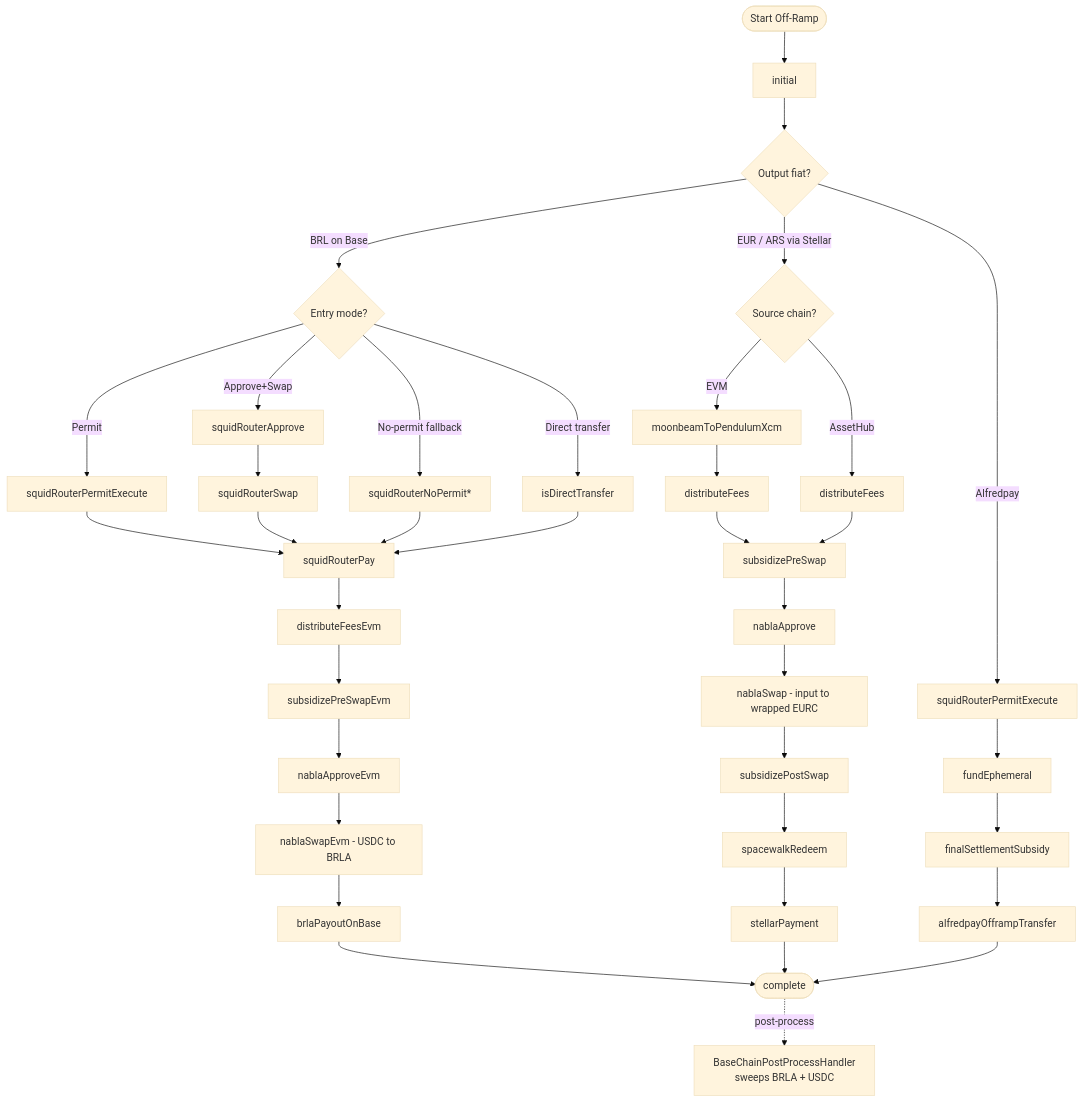
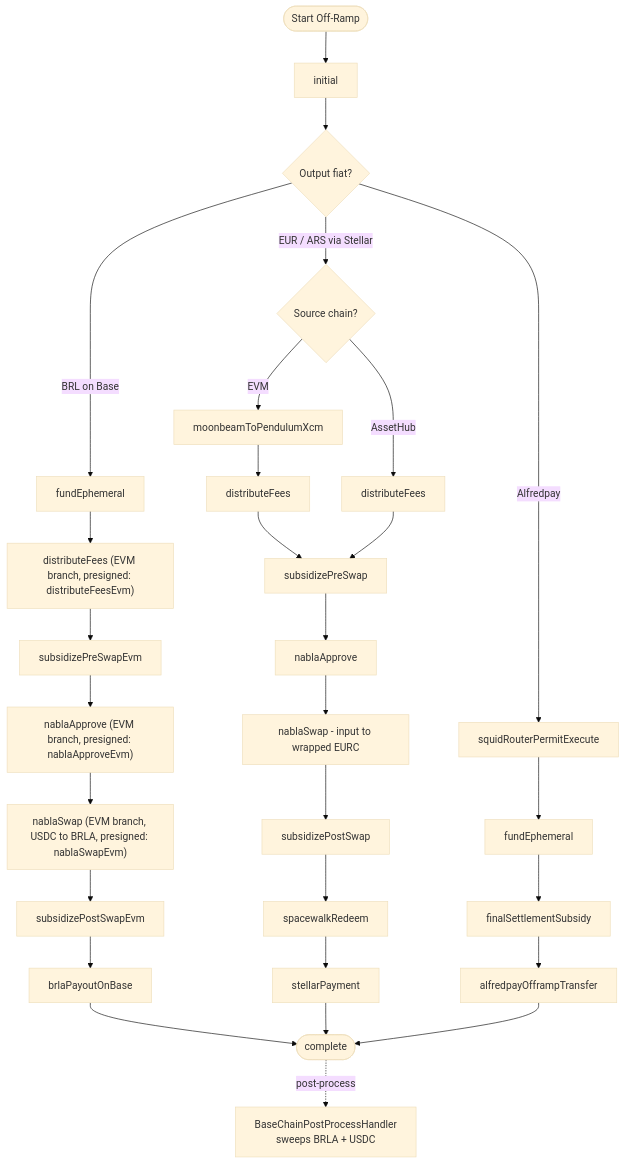
The second of 2 diagrams in docs/security-spec/03-ramp-engine/ramp-phase-flows.md (pendulum-chain/vortex), drawn with Mermaid (base theme) before and after one commit. The commit also changed other lines of this file and 2 other files, not shown here.

First line of the commit message:
Fix BRL on-ramp skipping subsidizePreSwapEvm phase

````diff
--- a/docs/security-spec/03-ramp-engine/ramp-phase-flows.md
+++ b/docs/security-spec/03-ramp-engine/ramp-phase-flows.md
@@ -107,45 +116,39 @@
 ```mermaid
 graph TD
     Start([Start Off-Ramp]) --> Init[initial]
     Init --> Corridor{Output fiat?}
 
     %% --- BRL via Avenia/BRLA on Base ---
-    Corridor -->|BRL on Base| BrlSquidEntry{Entry mode?}
-    BrlSquidEntry -->|Permit| BrlPermit[squidRouterPermitExecute]
-    BrlSquidEntry -->|Approve+Swap| BrlApproveUser[squidRouterApprove]
-    BrlApproveUser --> BrlSwapUser[squidRouterSwap]
-    BrlSquidEntry -->|No-permit fallback| BrlNoPermit[squidRouterNoPermit*]
-    BrlSquidEntry -->|Direct transfer| BrlDirect[isDirectTransfer]
-    BrlPermit --> BrlSquidPay[squidRouterPay]
-    BrlSwapUser --> BrlSquidPay
-    BrlNoPermit --> BrlSquidPay
-    BrlDirect --> BrlSquidPay
-    BrlSquidPay --> BrlDistEvm[distributeFeesEvm]
+    %% The user-signed Squid bridge (source EVM -> Base USDC) is submitted client-side
+    %% before the backend runtime starts; squidRouterPay is a no-op for SELL.
+    Corridor -->|BRL on Base| BrlFund[fundEphemeral]
+    BrlFund --> BrlDistEvm["distributeFees (EVM branch, presigned: distributeFeesEvm)"]
     BrlDistEvm --> BrlSubPreEvm[subsidizePreSwapEvm]
-    BrlSubPreEvm --> BrlApproveEvm[nablaApproveEvm]
-    BrlApproveEvm --> BrlSwapEvm[nablaSwapEvm - USDC to BRLA]
-    BrlSwapEvm --> BrlPayout[brlaPayoutOnBase]
+    BrlSubPreEvm --> BrlApproveEvm["nablaApprove (EVM branch, presigned: nablaApproveEvm)"]
+    BrlApproveEvm --> BrlSwapEvm["nablaSwap (EVM branch, USDC to BRLA, presigned: nablaSwapEvm)"]
+    BrlSwapEvm --> BrlSubPostEvm[subsidizePostSwapEvm]
+    BrlSubPostEvm --> BrlPayout[brlaPayoutOnBase]
     BrlPayout --> Complete([complete])
     Complete -.post-process.-> BaseCleanup[BaseChainPostProcessHandler<br/>sweeps BRLA + USDC]
 
     %% --- Stellar-anchored fiat (EUR / ARS) ---
     Corridor -->|EUR / ARS via Stellar| StellarStart{Source chain?}
     StellarStart -->|EVM| MoonToPendulum[moonbeamToPendulumXcm]
     StellarStart -->|AssetHub| AhDist[distributeFees]
     MoonToPendulum --> EvmDist[distributeFees]
     EvmDist --> SubPre[subsidizePreSwap]
     AhDist --> SubPre
     SubPre --> NablaApprove[nablaApprove]
     NablaApprove --> NablaSwap[nablaSwap - input to wrapped EURC]
     NablaSwap --> SubPost[subsidizePostSwap]
     SubPost --> Spacewalk[spacewalkRedeem]
     Spacewalk --> StellarPay[stellarPayment]
     StellarPay --> Complete
 
     %% --- Alfredpay ---
     Corridor -->|Alfredpay| AfPermit[squidRouterPermitExecute]
     AfPermit --> AfFund[fundEphemeral]
     AfFund --> AfFinalSubsidy[finalSettlementSubsidy]
     AfFinalSubsidy --> AfTransfer[alfredpayOfframpTransfer]
     AfTransfer --> Complete
 ```
````
